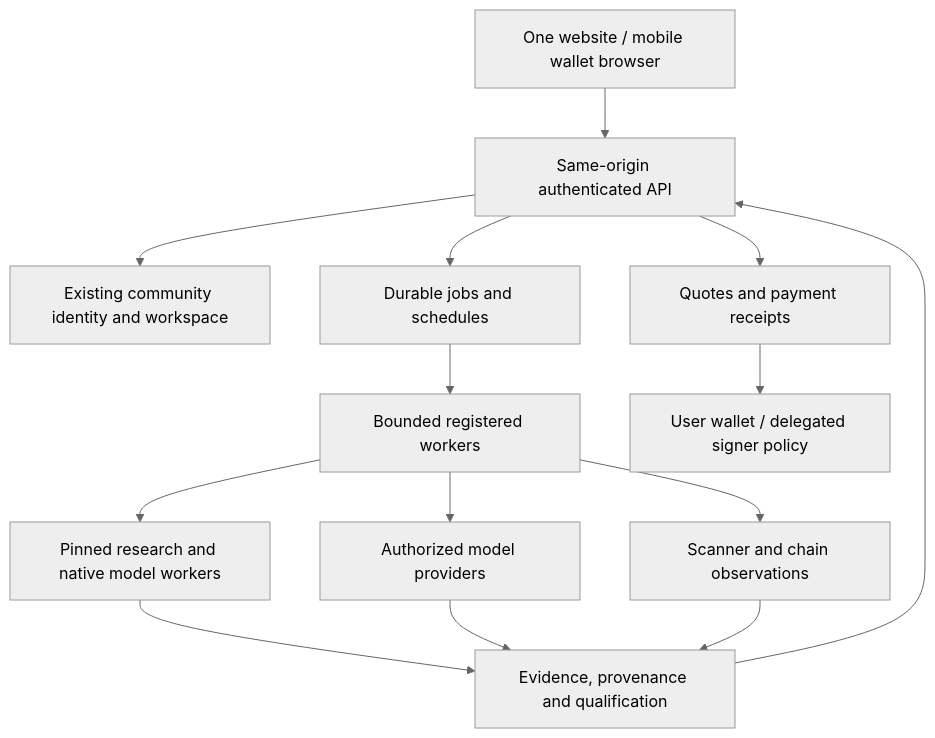
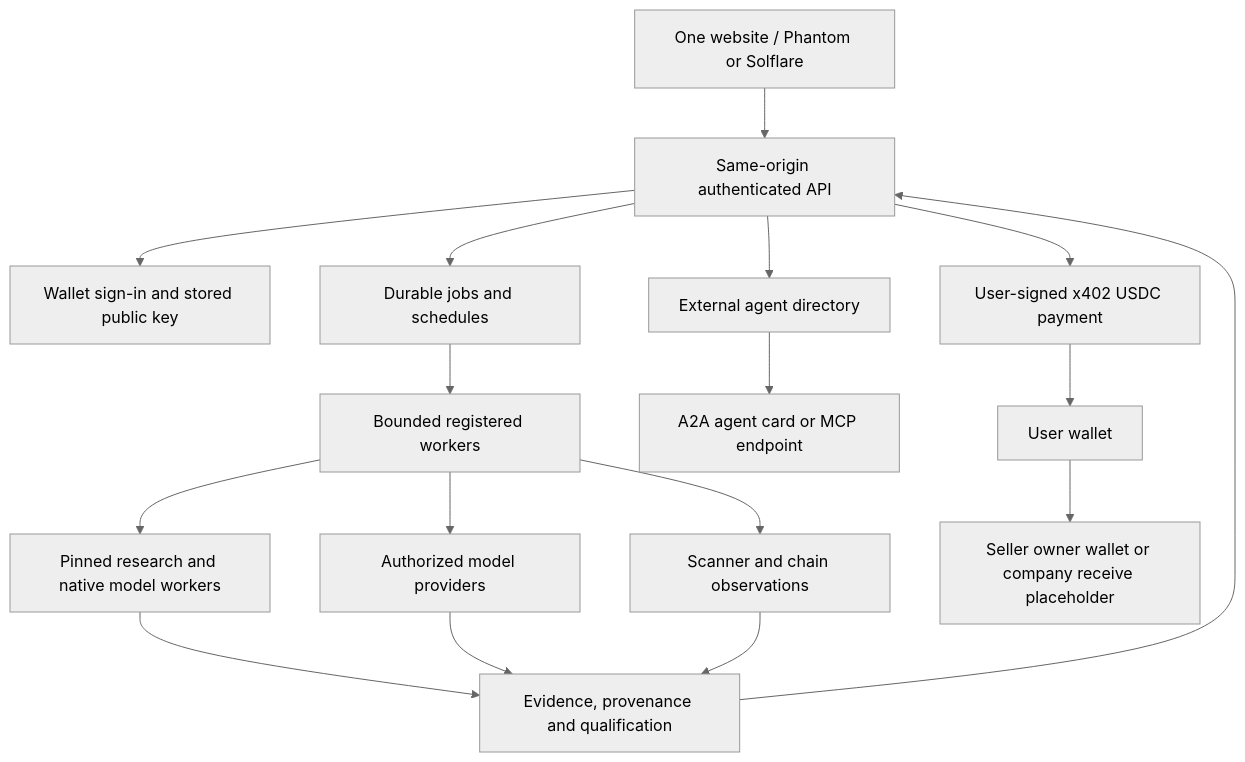
Before and after one commit to BuildWithAAI/buildwithAAI: the diagram in docs/PRODUCTION_BUILD_PLAN.md, drawn with Mermaid (neutral theme). The commit also changed other lines of this file and 32 other files, not shown here.

First line of the commit message:
Record the noncustodial v1 agent economy and external-agent onboarding.

````diff
--- a/docs/PRODUCTION_BUILD_PLAN.md
+++ b/docs/PRODUCTION_BUILD_PLAN.md
@@ -9,16 +11,19 @@
 ```mermaid
 flowchart TD
-  Web["One website / mobile wallet browser"] --> API["Same-origin authenticated API"]
-  API --> Identity["Existing community identity and workspace"]
+  Web["One website / Phantom or Solflare"] --> API["Same-origin authenticated API"]
+  API --> Identity["Wallet sign-in and stored public key"]
   API --> Queue["Durable jobs and schedules"]
-  API --> Pay["Quotes and payment receipts"]
+  API --> Directory["External agent directory"]
   Queue --> Workers["Bounded registered workers"]
   Workers --> Intel["Scanner and chain observations"]
   Workers --> Models["Authorized model providers"]
   Workers --> Research["Pinned research and native model workers"]
   Research --> Artifacts["Evidence, provenance and qualification"]
   Models --> Artifacts
   Intel --> Artifacts
-  Pay --> Wallet["User wallet / delegated signer policy"]
+  Directory --> Profiles["A2A agent card or MCP endpoint"]
+  API --> Pay["User-signed x402 USDC payment"]
+  Pay --> UserWallet["User wallet"]
+  UserWallet --> Seller["Seller owner wallet or company receive placeholder"]
   Artifacts --> API
 ```
````
